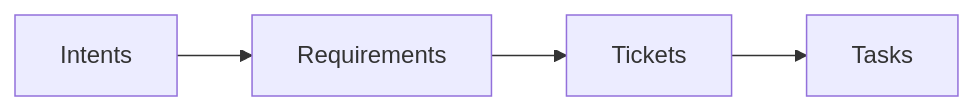
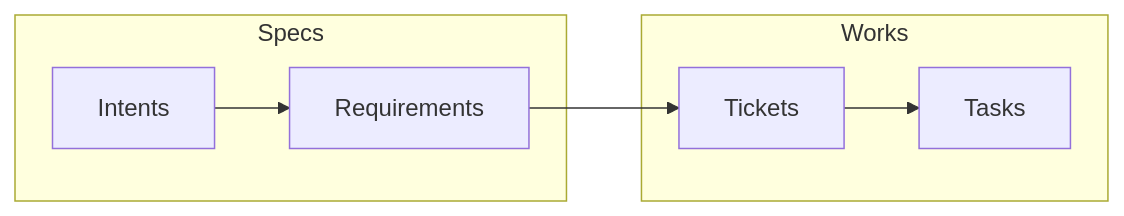
One commit to Gabriel-RABHI/ActionBridge changed the diagram in README.md. Above: the diagram before and after it, drawn with Mermaid. The commit also changed 5 other files, not shown here.

````diff
--- a/README.md
+++ b/README.md
@@ -35,4 +35,13 @@
 ```mermaid
 flowchart LR
-Intents --> Requirements --> Tickets --> Tasks
+
+subgraph Specs
+Intents --> Requirements
+end
+subgraph Works
+Tickets --> Tasks
+end
+
+Requirements --> Tickets
+
 ```
````
